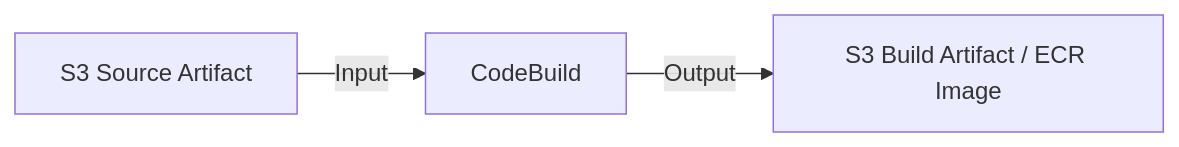
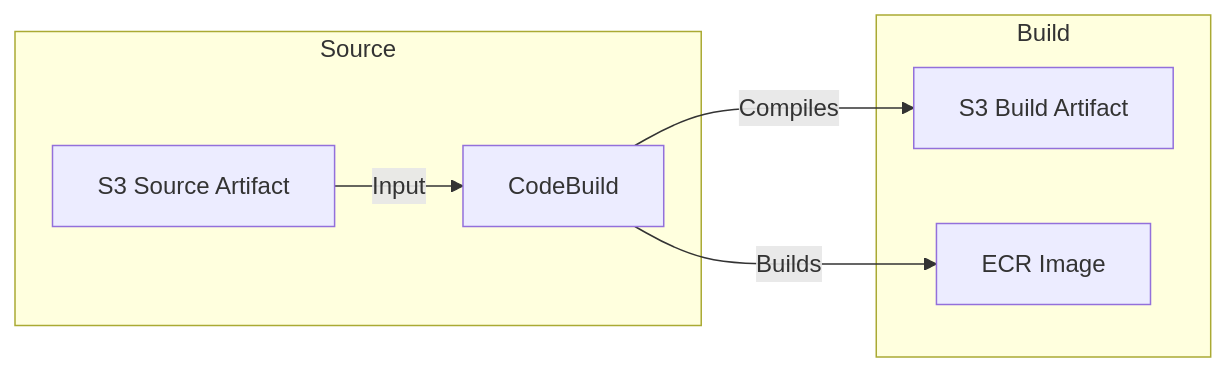
One commit to itspriyanshuks17/aws_learning changed the diagram in 51_codebuild.md. Above: the diagram before and after it, drawn with Mermaid. The commit also changed 5 other files, not shown here.

Commit message:
Fix Mermaid diagram syntax in developer guides

````diff
--- a/51_codebuild.md
+++ b/51_codebuild.md
@@ -25,5 +25,10 @@
 ```mermaid
 graph LR
-    S3[S3 Source Artifact] -->|Input| CB[CodeBuild]
-    CB -->|Output| Art[S3 Build Artifact / ECR Image]
+    subgraph Source
+        S3[S3 Source Artifact] -->|Input| CB[CodeBuild]
+    end
+    subgraph Build
+        CB -->|Compiles| Art[S3 Build Artifact]
+        CB -->|Builds| ECR[ECR Image]
+    end
 ```
````
